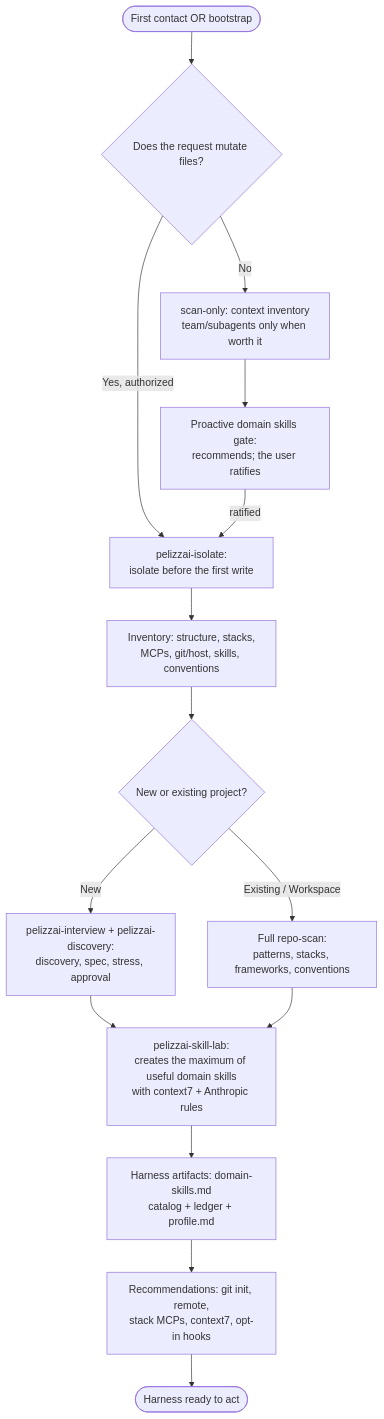
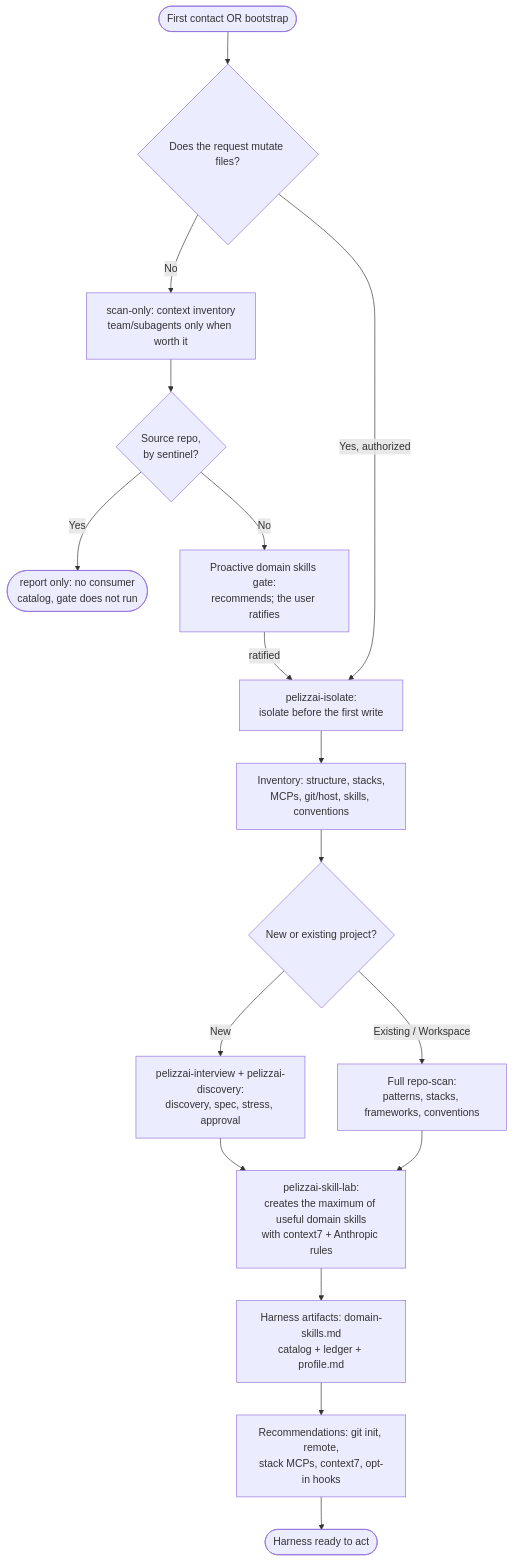
The diagram in dist/.agents/skills/pelizzai-onboard/SKILL.md (rpelizza/PelizzAI), drawn with Mermaid before and after one commit. The commit also changed other lines of this file and 71 other files, not shown here.

````diff
--- a/dist/.agents/skills/pelizzai-onboard/SKILL.md
+++ b/dist/.agents/skills/pelizzai-onboard/SKILL.md
@@ -126,17 +126,19 @@
 ```mermaid
 flowchart TD
     Start([First contact OR bootstrap]) --> Mode{Does the request mutate files?}
     Mode -- No --> Scan[scan-only: context inventory\nteam/subagents only when worth it]
-    Scan --> Gate[Proactive domain skills gate:\nrecommends; the user ratifies]
+    Scan --> SRC{Source repo,\nby sentinel?}
+    SRC -- Yes --> Done([report only: no consumer\ncatalog, gate does not run])
+    SRC -- No --> Gate[Proactive domain skills gate:\nrecommends; the user ratifies]
     Mode -- Yes, authorized --> Iso[pelizzai-isolate:\nisolate before the first write]
     Gate -- ratified --> Iso
     Iso --> Inv[Inventory: structure, stacks,\nMCPs, git/host, skills, conventions]
     Inv --> New{New or existing project?}
     New -- New --> Bra[pelizzai-interview + pelizzai-discovery:\ndiscovery, spec, stress, approval]
     Bra --> Wri
     New -- Existing / Workspace --> Rep[Full repo-scan:\npatterns, stacks, frameworks, conventions]
     Rep --> Wri[pelizzai-skill-lab:\ncreates the maximum of useful domain skills\nwith context7 + Anthropic rules]
     Wri --> Doc[Harness artifacts: domain-skills.md\ncatalog + ledger + profile.md]
     Doc --> Rec[Recommendations: git init, remote,\nstack MCPs, context7, opt-in hooks]
     Rec --> End([Harness ready to act])
 ```
````
